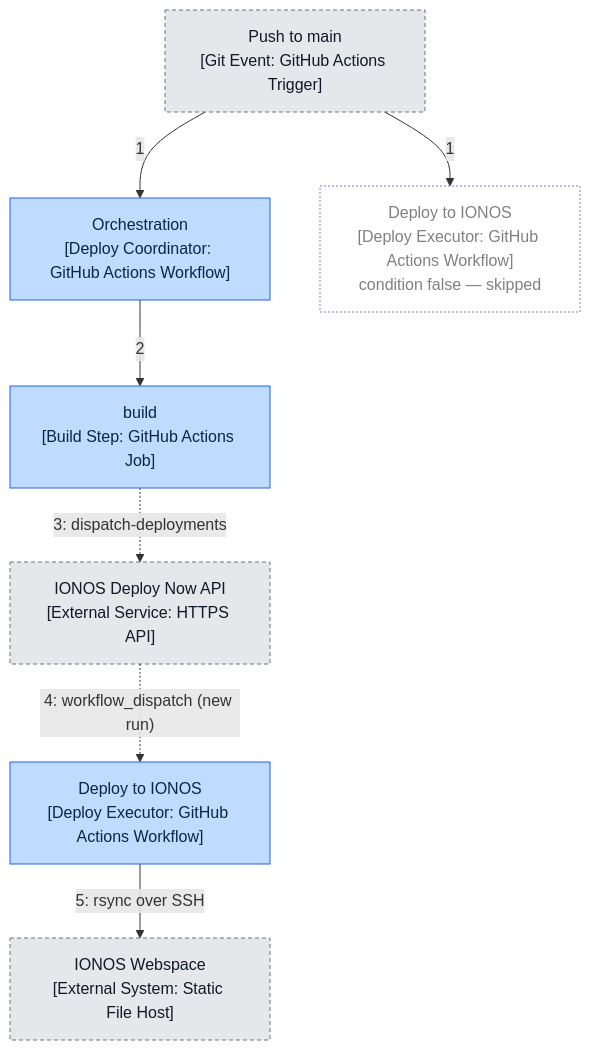
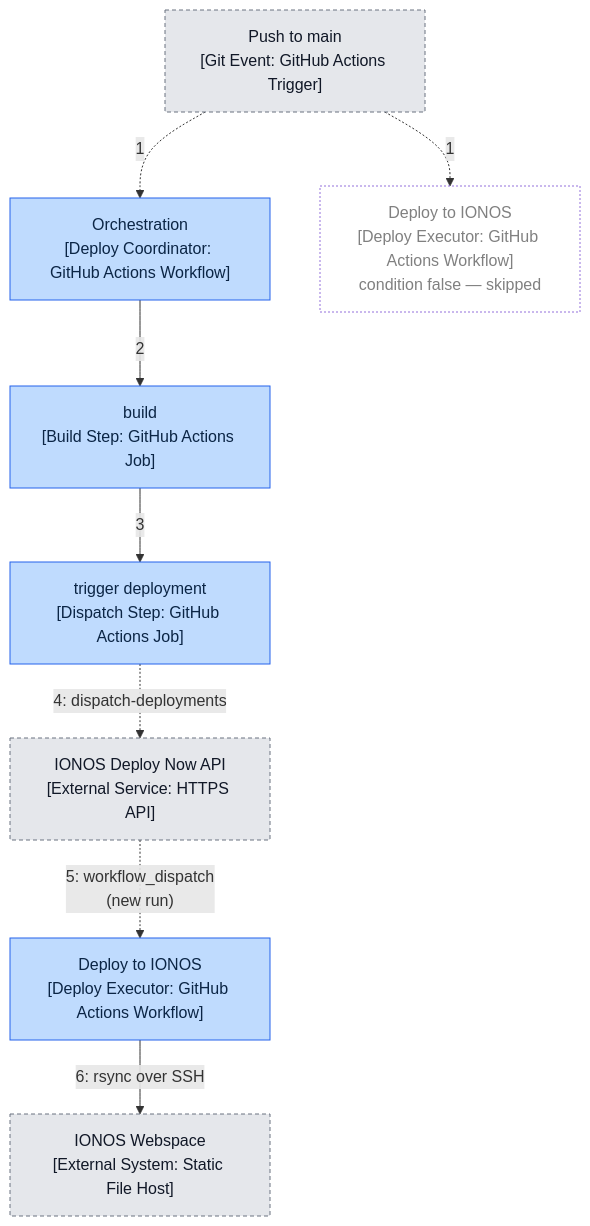
The third of 3 diagrams in docs/technical/runbook.md (cfisch3r/estimate), drawn with Mermaid before and after one commit. The commit also changed other lines of this file and 1 other file, not shown here.

````diff
--- a/docs/technical/runbook.md
+++ b/docs/technical/runbook.md
@@ -89,24 +105,26 @@
 ```mermaid
 flowchart TB
   Push["Push to main<br/>[Git Event: GitHub Actions Trigger]"]:::external
 
   Orch["Orchestration<br/>[Deploy Coordinator: GitHub Actions Workflow]"]
   BuildJob["build<br/>[Build Step: GitHub Actions Job]"]
+  TriggerJob["trigger deployment<br/>[Dispatch Step: GitHub Actions Job]"]
   DeployWf["Deploy to IONOS<br/>[Deploy Executor: GitHub Actions Workflow]"]
   DeployWfSkip["Deploy to IONOS<br/>[Deploy Executor: GitHub Actions Workflow]<br/>condition false — skipped"]:::skipped
   IonosAPI["IONOS Deploy Now API<br/>[External Service: HTTPS API]"]:::external
   Webspace["IONOS Webspace<br/>[External System: Static File Host]"]:::external
 
-  Push -->|1| Orch
-  Push -->|1| DeployWfSkip
+  Push -.->|1| Orch
+  Push -.->|1| DeployWfSkip
   Orch -->|2| BuildJob
-  BuildJob -.->|"3: dispatch-deployments"| IonosAPI
-  IonosAPI -.->|"4: workflow_dispatch (new run)"| DeployWf
-  DeployWf -->|"5: rsync over SSH"| Webspace
+  BuildJob -->|3| TriggerJob
+  TriggerJob -.->|"4: dispatch-deployments"| IonosAPI
+  IonosAPI -.->|"5: workflow_dispatch<br/>(new run)"| DeployWf
+  DeployWf -->|"6: rsync over SSH"| Webspace
 
   classDef deploy fill:#BFDBFE,stroke:#2563EB,color:#0B2545
   classDef ci fill:#DDD6FE,stroke:#7C3AED,color:#2E1065
   classDef external fill:#E5E7EB,stroke:#6B7280,color:#111827,stroke-dasharray: 4 3
   classDef skipped fill:transparent,stroke-dasharray: 2 2,color:gray
-  class Orch,BuildJob,DeployWf deploy
+  class Orch,BuildJob,TriggerJob,DeployWf deploy
 ```
````
